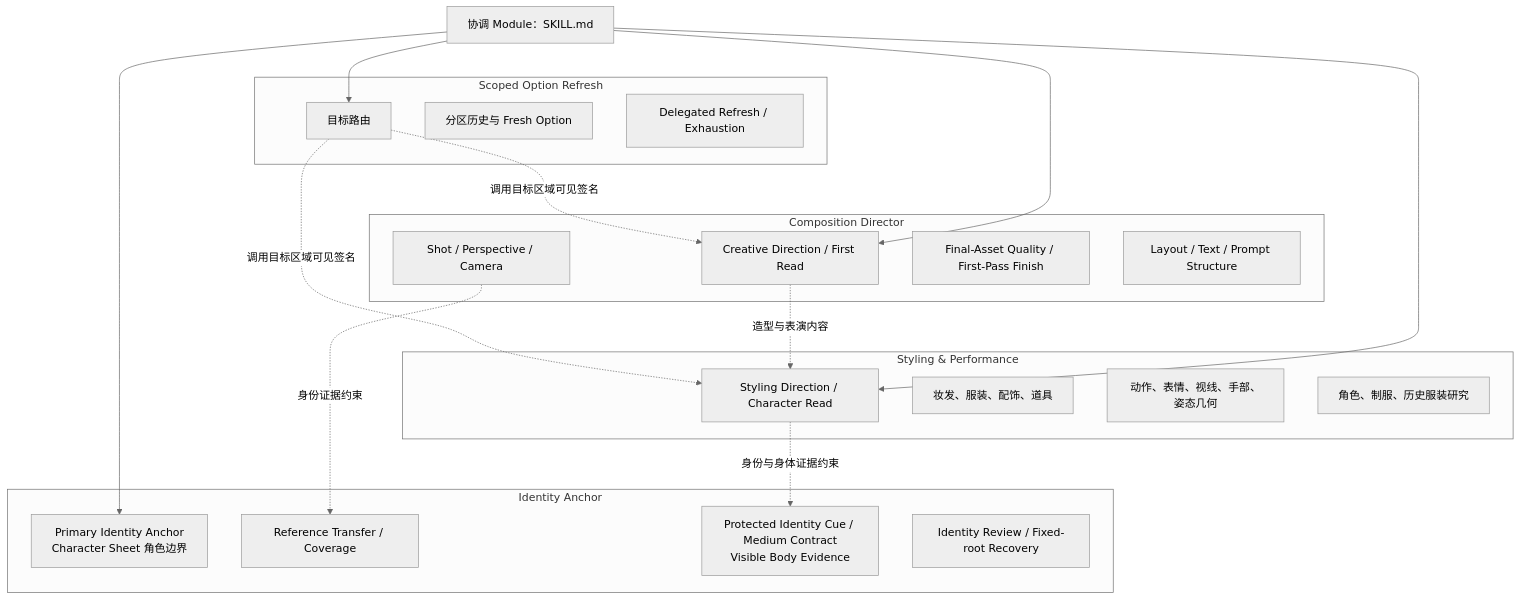
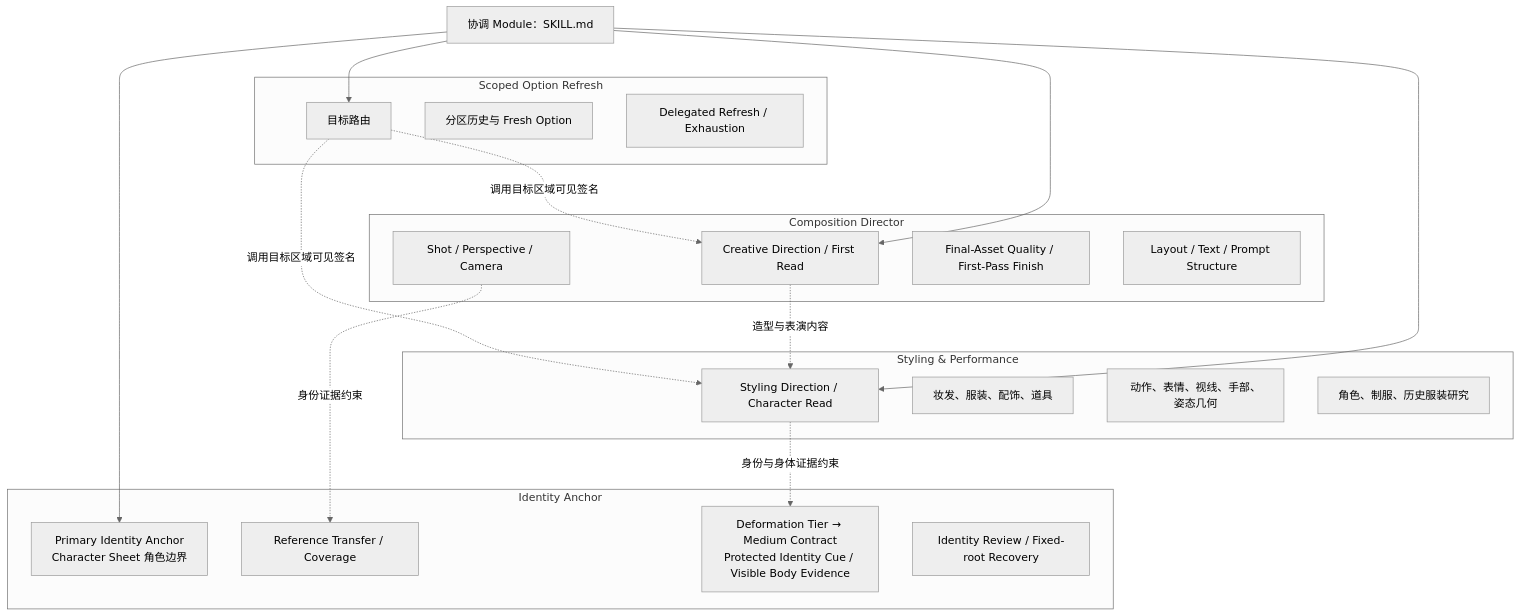
One commit to cyaoc/cast-me changed the second of 13 diagrams in docs/architecture.md. Above: the diagram before and after it, drawn with Mermaid (neutral theme). The commit also changed other lines of this file and 6 other files, not shown here.

Commit message:
feat: resolve deformation tier body evidence

````diff
--- a/docs/architecture.md
+++ b/docs/architecture.md
@@ -64,41 +64,41 @@
 ```mermaid
 flowchart TB
     K["协调 Module：SKILL.md"]
 
     subgraph ID["Identity Anchor"]
         I1["Primary Identity Anchor<br/>Character Sheet 角色边界"]
         I2["Reference Transfer / Coverage"]
-        I3["Protected Identity Cue / Medium Contract<br/>Visible Body Evidence"]
+        I3["Deformation Tier → Medium Contract<br/>Protected Identity Cue / Visible Body Evidence"]
         I4["Identity Review / Fixed-root Recovery"]
     end
 
     subgraph COMP["Composition Director"]
         C1["Creative Direction / First Read"]
         C2["Shot / Perspective / Camera"]
         C3["Final-Asset Quality / First-Pass Finish"]
         C4["Layout / Text / Prompt Structure"]
     end
 
     subgraph STYLE["Styling & Performance"]
         S1["Styling Direction / Character Read"]
         S2["妆发、服装、配饰、道具"]
         S3["动作、表情、视线、手部、姿态几何"]
         S4["角色、制服、历史服装研究"]
     end
 
     subgraph REFRESH["Scoped Option Refresh"]
         R1["目标路由"]
         R2["分区历史与 Fresh Option"]
         R3["Delegated Refresh / Exhaustion"]
     end
 
     K --> I1
     K --> C1
     K --> S1
     K --> R1
     C2 -.身份证据约束.-> I2
     S1 -.身份与身体证据约束.-> I3
     C1 -.造型与表演内容.-> S1
     R1 -.调用目标区域可见签名.-> C1
     R1 -.调用目标区域可见签名.-> S1
 ```
````
